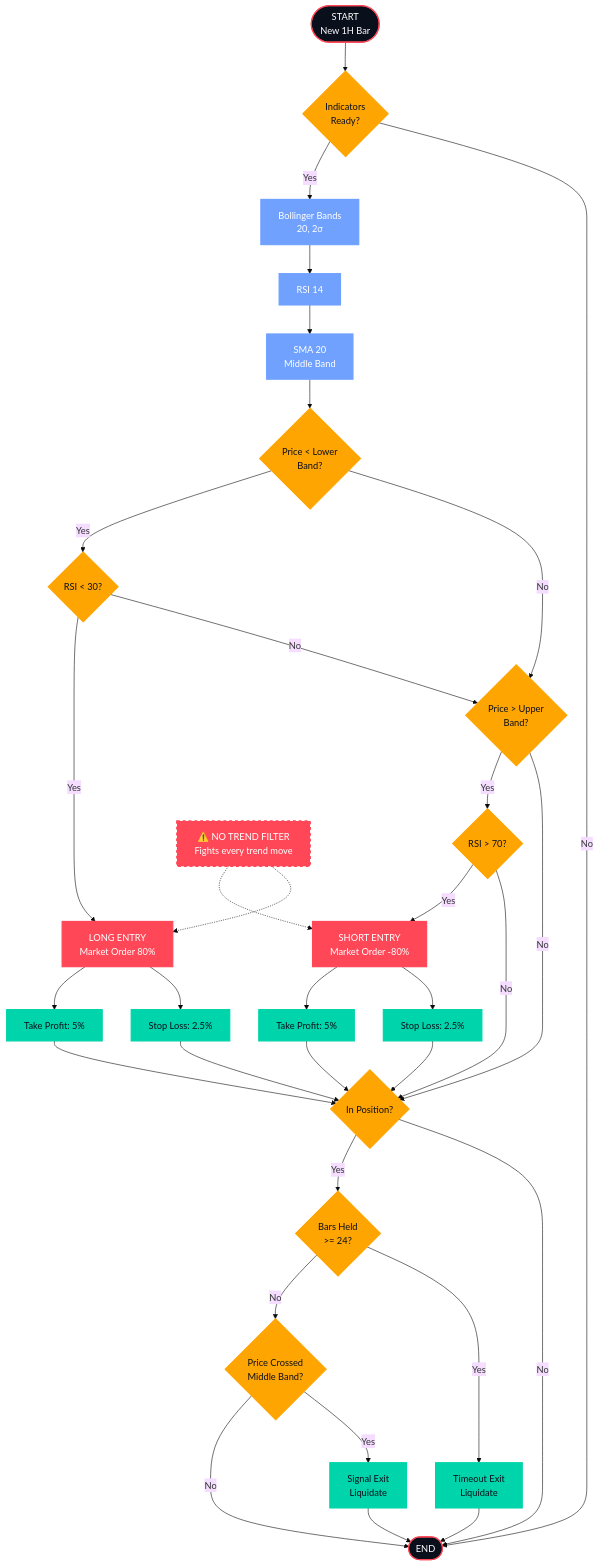
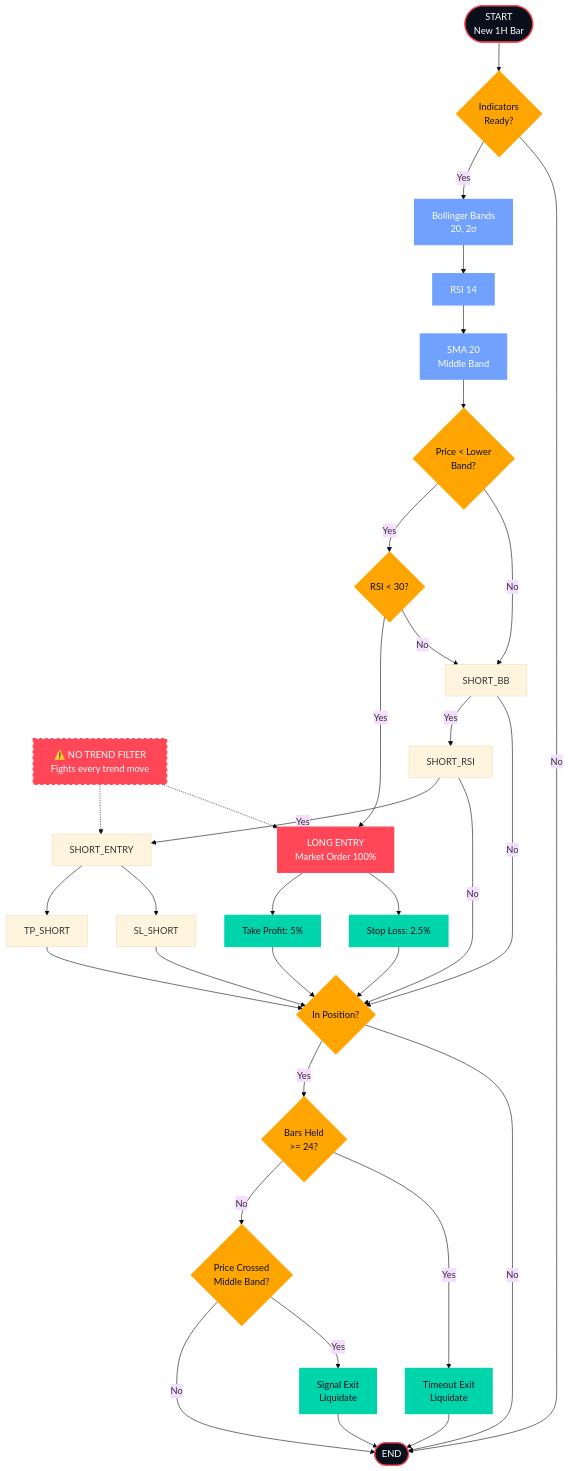
Before and after one commit to sharkdev-ai/best-and-worst-trading-strategies: the second of 4 diagrams in 01-trend-vs-mean-reversion-backtest/logic_flow.mmd, drawn with Mermaid (base theme). The commit also changed 4 other files, not shown here.

```diff
--- a/01-trend-vs-mean-reversion-backtest/logic_flow.mmd
+++ b/01-trend-vs-mean-reversion-backtest/logic_flow.mmd
@@ -78,18 +78,11 @@
     %% LONG PATH
     LONG_BB{Price < Lower<br/>Band?}:::decision
     LONG_RSI{RSI < 30?}:::decision
-    LONG_ENTRY[LONG ENTRY<br/>Market Order 80%]:::entry
-
-    %% SHORT PATH
-    SHORT_BB{Price > Upper<br/>Band?}:::decision
-    SHORT_RSI{RSI > 70?}:::decision
-    SHORT_ENTRY[SHORT ENTRY<br/>Market Order -80%]:::entry
+    LONG_ENTRY[LONG ENTRY<br/>Market Order 100%]:::entry
 
     %% EXITS
     SL_LONG[Stop Loss: 2.5%]:::exit
     TP_LONG[Take Profit: 5%]:::exit
-    SL_SHORT[Stop Loss: 2.5%]:::exit
-    TP_SHORT[Take Profit: 5%]:::exit
 
     HOLD{In Position?}:::decision
     BARS{Bars Held<br/>>= 24?}:::decision
```
